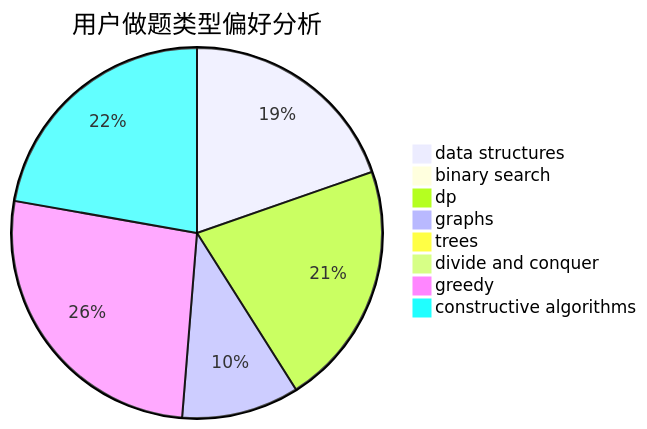
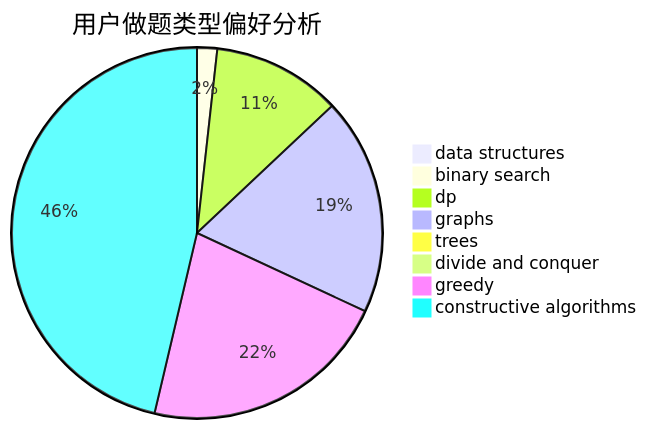
Before and after one commit to sherpahu/cfrs.github.io: the second of 3 diagrams in docs/user/u1401.md, drawn with Mermaid. The commit also changed other lines of this file and 2770 other files, not shown here.

````diff
--- a/docs/user/u1401.md
+++ b/docs/user/u1401.md
@@ -23,11 +23,11 @@
 ```mermaid
 pie title 用户做题类型偏好分析
-    "data structures" :  23
-    "binary search" :  0
-    "dp" :  25
-    "graphs" :  12
-    "trees" :  1
-    "divide and conquer" :  0
-    "greedy" :  31
-    "constructive algorithms" :  26
+    "data structures" :  1
+    "binary search" :  5
+    "dp" :  32
+    "graphs" :  54
+    "trees" :  0
+    "divide and conquer" :  1
+    "greedy" :  62
+    "constructive algorithms" :  132
 ```
````
